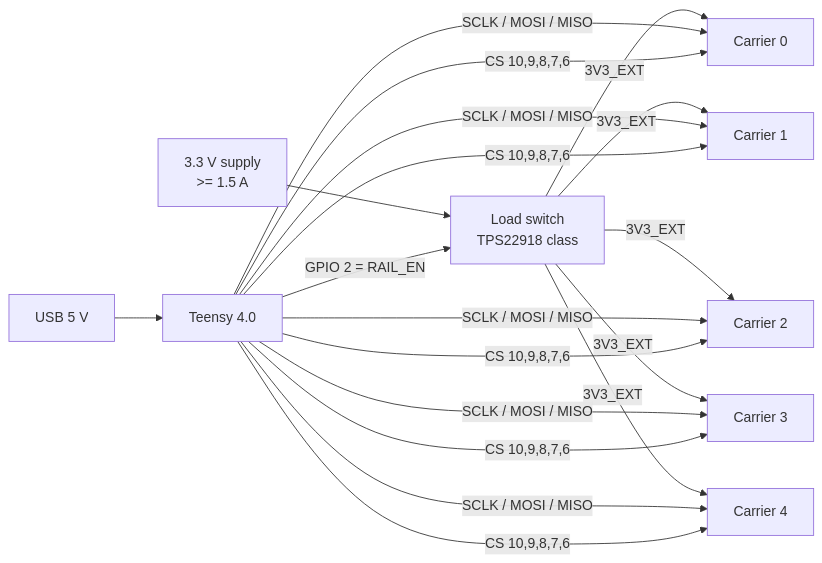
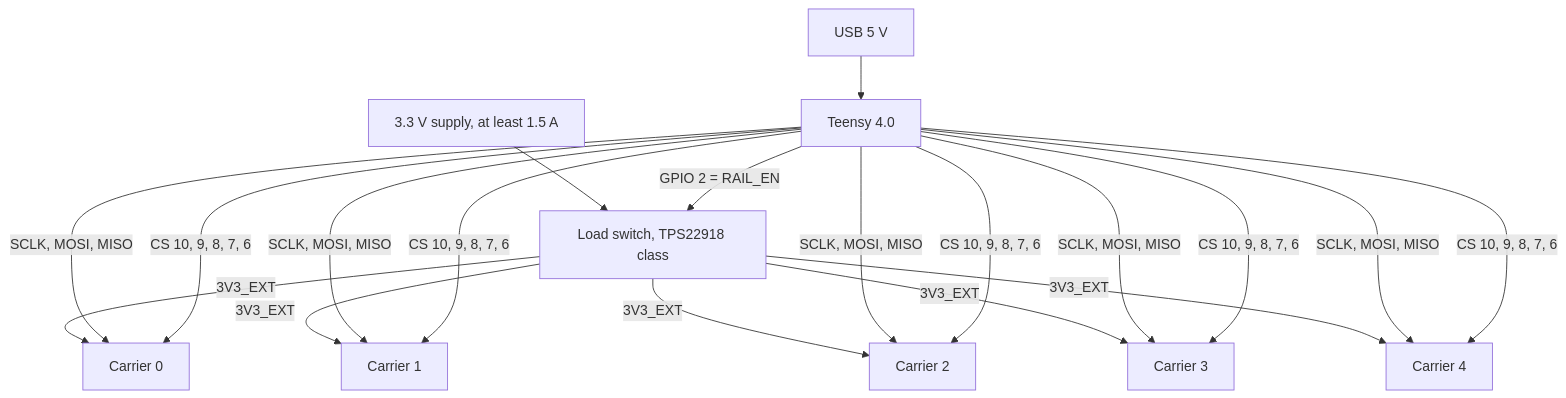
One commit to sabinM1/VL53L8CX-carrier changed the first of 2 diagrams in README.md. Above: the diagram before and after it, drawn with Mermaid.

Commit message:
Simplify README diagrams for renderer compatibility

````diff
--- a/README.md
+++ b/README.md
@@ -39,13 +39,21 @@
 ```mermaid
-flowchart LR
+flowchart TB
     USB["USB 5 V"] --> T["Teensy 4.0"]
-    PSU["3.3 V supply<br/>>= 1.5 A"] --> LS["Load switch<br/>TPS22918 class"]
+    PSU["3.3 V supply, at least 1.5 A"] --> LS["Load switch, TPS22918 class"]
     T -->|"GPIO 2 = RAIL_EN"| LS
     LS -->|"3V3_EXT"| C1["Carrier 0"]
     LS -->|"3V3_EXT"| C2["Carrier 1"]
     LS -->|"3V3_EXT"| C3["Carrier 2"]
     LS -->|"3V3_EXT"| C4["Carrier 3"]
     LS -->|"3V3_EXT"| C5["Carrier 4"]
-    T -->|"SCLK / MOSI / MISO"| C1 & C2 & C3 & C4 & C5
-    T -->|"CS 10,9,8,7,6"| C1 & C2 & C3 & C4 & C5
+    T -->|"SCLK, MOSI, MISO"| C1
+    T -->|"SCLK, MOSI, MISO"| C2
+    T -->|"SCLK, MOSI, MISO"| C3
+    T -->|"SCLK, MOSI, MISO"| C4
+    T -->|"SCLK, MOSI, MISO"| C5
+    T -->|"CS 10, 9, 8, 7, 6"| C1
+    T -->|"CS 10, 9, 8, 7, 6"| C2
+    T -->|"CS 10, 9, 8, 7, 6"| C3
+    T -->|"CS 10, 9, 8, 7, 6"| C4
+    T -->|"CS 10, 9, 8, 7, 6"| C5
 ```
````
